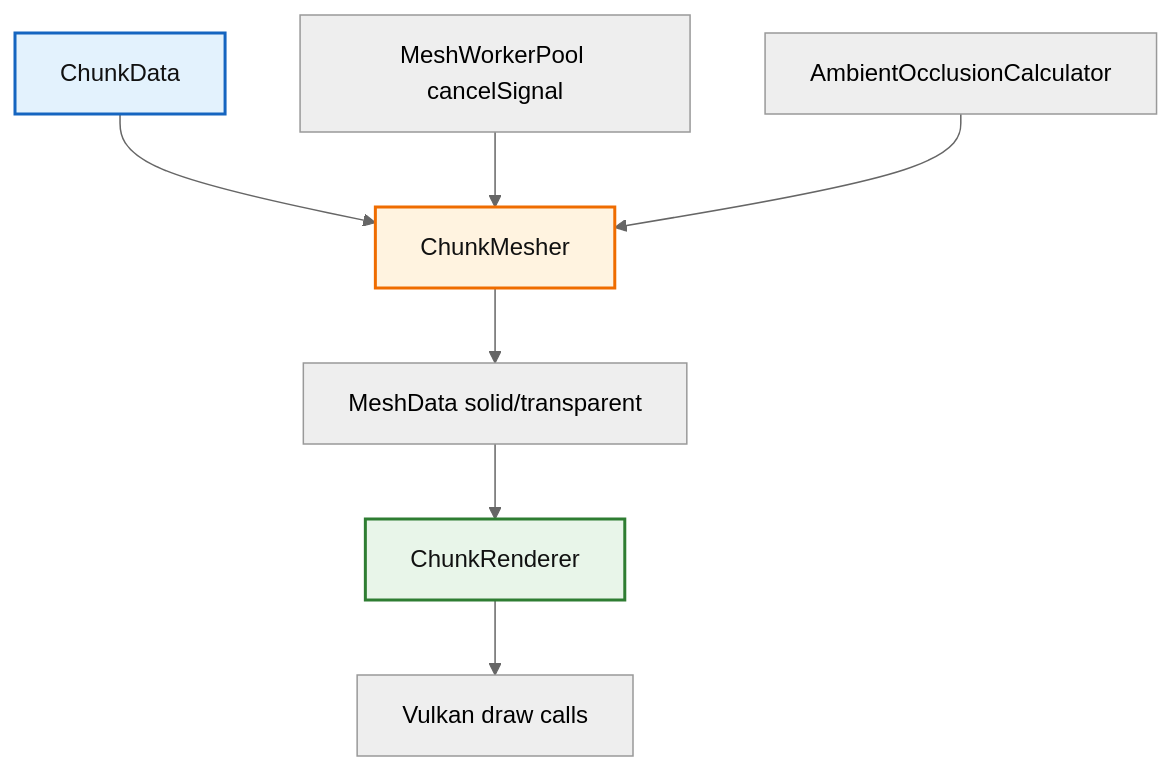
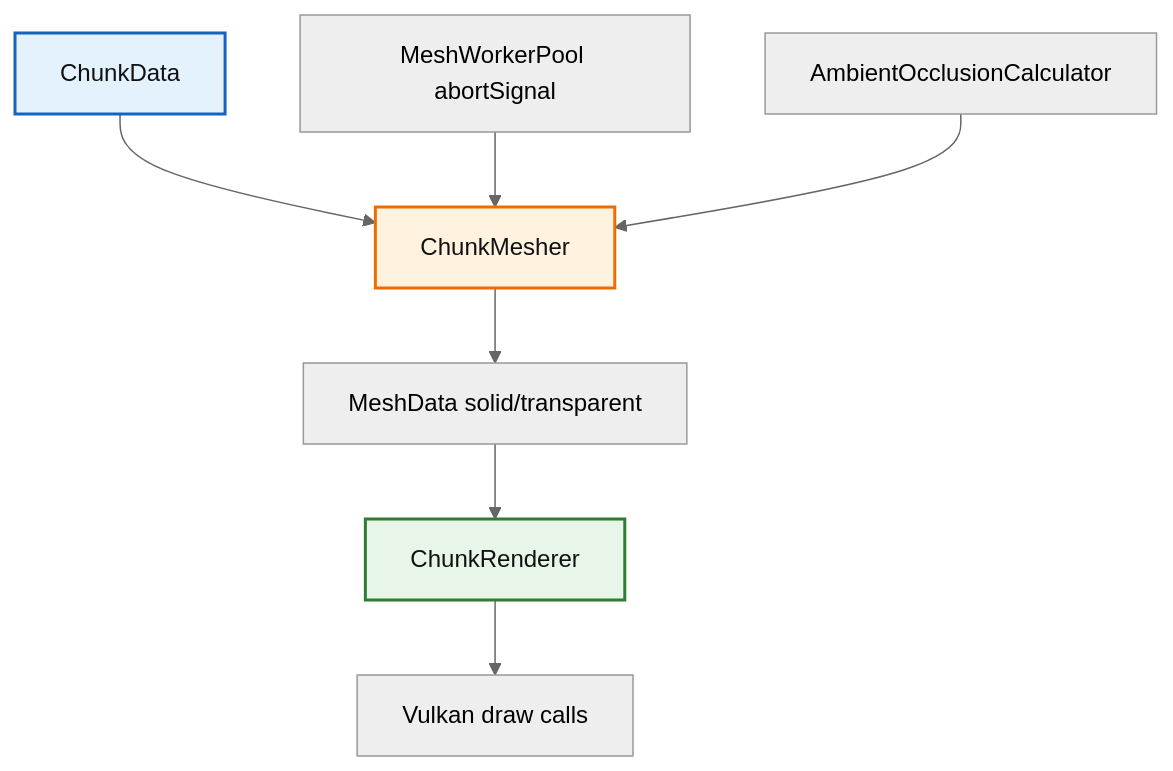
The diagram in src/client/renderer/trident/chunk/README.md (g122622/Cubium), drawn with Mermaid (neutral theme) before and after one commit. The commit also changed 33 other files, not shown here.

````diff
--- a/src/client/renderer/trident/chunk/README.md
+++ b/src/client/renderer/trident/chunk/README.md
@@ -17,14 +17,14 @@
 ```mermaid
 flowchart TD
     A[ChunkData] --> B[ChunkMesher]
     B --> C[MeshData solid/transparent]
     C --> D[ChunkRenderer]
     D --> E[Vulkan draw calls]
 
-    F[MeshWorkerPool cancelSignal] --> B
+    F[MeshWorkerPool abortSignal] --> B
     G[AmbientOcclusionCalculator] --> B
 
     style A fill:#e3f2fd,stroke:#1565c0,stroke-width:2px,color:#111
     style B fill:#fff3e0,stroke:#ef6c00,stroke-width:2px,color:#111
     style D fill:#e8f5e9,stroke:#2e7d32,stroke-width:2px,color:#111
 ```
````
